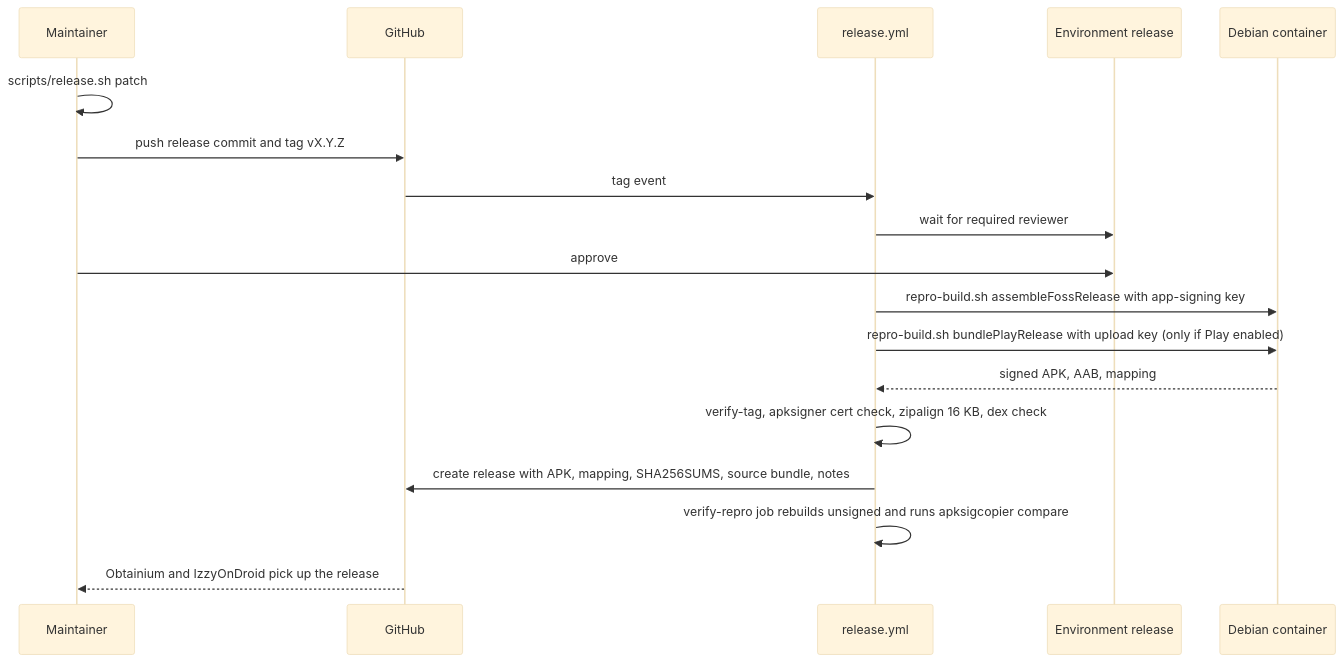
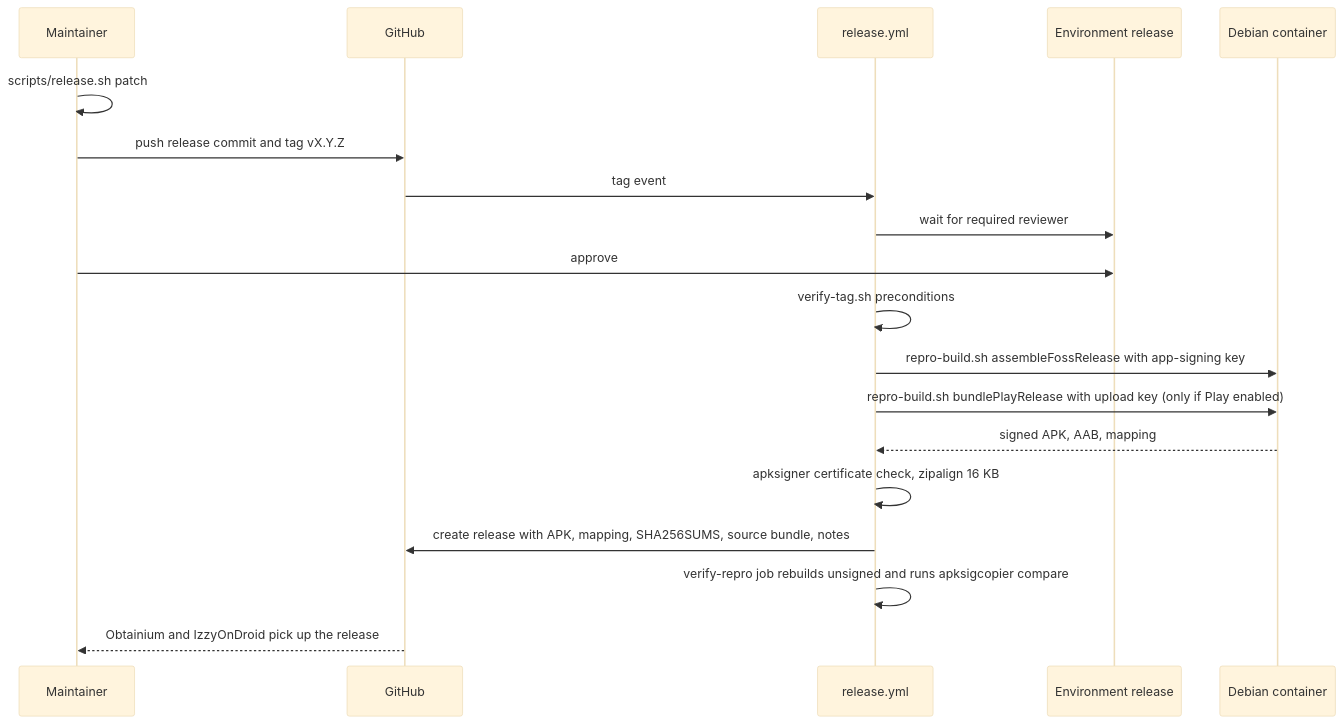
The second of 4 diagrams in docs/design/09-quality-and-release.md (BigBoyDevBox/Neutrodyne), drawn with Mermaid (base theme) before and after one commit. The commit also changed other lines of this file, not shown here.

````diff
--- a/docs/design/09-quality-and-release.md
+++ b/docs/design/09-quality-and-release.md
@@ -493,20 +500,21 @@
 ```mermaid
 sequenceDiagram
   participant M as Maintainer
   participant G as GitHub
   participant R as release.yml
   participant E as Environment release
   participant C as Debian container
   M->>M: scripts/release.sh patch
   M->>G: push release commit and tag vX.Y.Z
   G->>R: tag event
   R->>E: wait for required reviewer
   M->>E: approve
+  R->>R: verify-tag.sh preconditions
   R->>C: repro-build.sh assembleFossRelease with app-signing key
   R->>C: repro-build.sh bundlePlayRelease with upload key (only if Play enabled)
   C-->>R: signed APK, AAB, mapping
-  R->>R: verify-tag, apksigner cert check, zipalign 16 KB, dex check
+  R->>R: apksigner certificate check, zipalign 16 KB
   R->>G: create release with APK, mapping, SHA256SUMS, source bundle, notes
   R->>R: verify-repro job rebuilds unsigned and runs apksigcopier compare
   G-->>M: Obtainium and IzzyOnDroid pick up the release
 ```
````
